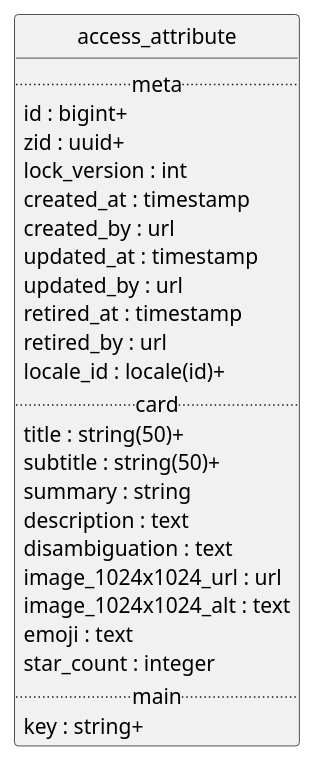
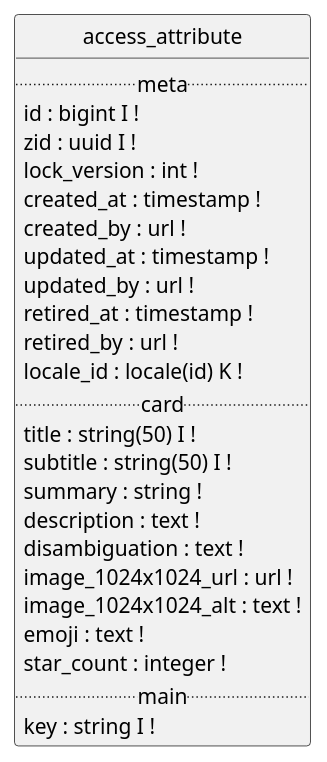
Before and after one commit to contactopensource/contactopensource: the diagram in api/access_attribute/uml.plantuml, drawn with PlantUML. The commit also changed 111 other files, not shown here.

```diff
--- a/api/access_attribute/uml.plantuml
+++ b/api/access_attribute/uml.plantuml
@@ -1,32 +1,32 @@
 @startuml uml
 skinparam monochrome true
 skinparam linetype ortho
 hide circle
 
 entity access_attribute {
   .. meta ..
-  id : bigint+
-  zid : uuid+
-  lock_version : int
-  created_at : timestamp
-  created_by : url
-  updated_at : timestamp
-  updated_by : url
-  retired_at : timestamp
-  retired_by : url
-  locale_id : locale(id)+
+  id : bigint I !
+  zid : uuid I !
+  lock_version : int !
+  created_at : timestamp !
+  created_by : url !
+  updated_at : timestamp !
+  updated_by : url !
+  retired_at : timestamp !
+  retired_by : url !
+  locale_id : locale(id) K !
   .. card ..
-  title : string(50)+
-  subtitle : string(50)+
-  summary : string
-  description : text
-  disambiguation : text
-  image_1024x1024_url : url
-  image_1024x1024_alt : text
-  emoji : text
-  star_count : integer
+  title : string(50) I !
+  subtitle : string(50) I !
+  summary : string !
+  description : text !
+  disambiguation : text !
+  image_1024x1024_url : url !
+  image_1024x1024_alt : text !
+  emoji : text !
+  star_count : integer !
   .. main ..
-  key : string+
+  key : string I !
 }
 
 @enduml
```
